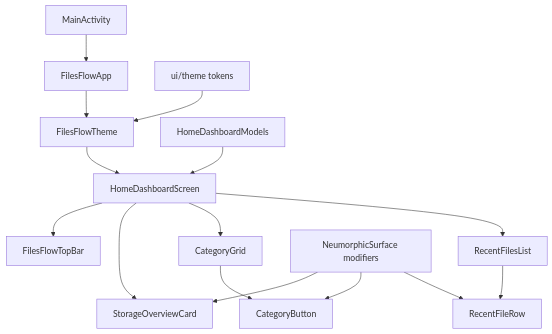
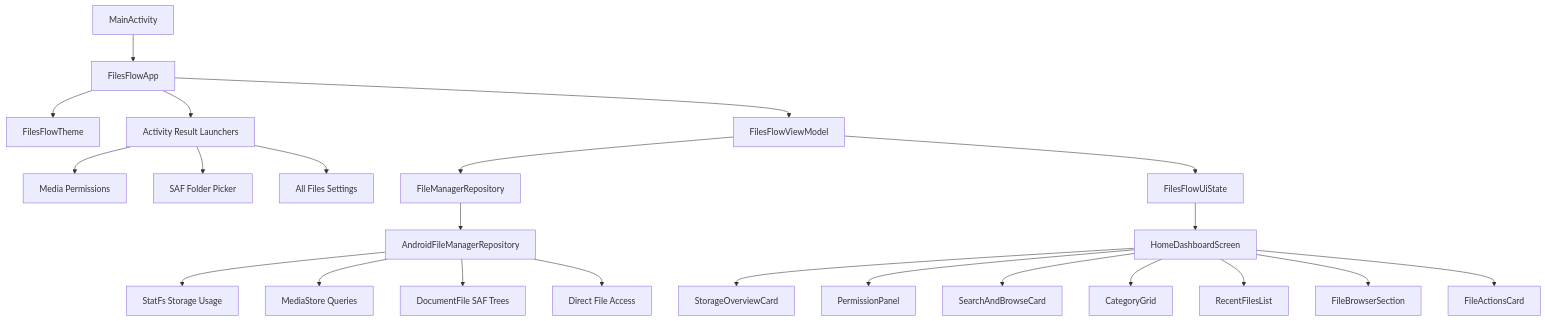
Before and after one commit to benclawbot/filesflow: the diagram in README.md, drawn with Mermaid. The commit also changed other lines of this file and 24 other files, not shown here.

Commit message:
feat: add real FilesFlow file manager flows

````diff
--- a/README.md
+++ b/README.md
@@ -23,17 +23,25 @@
 ```mermaid
 flowchart TD
     A["MainActivity"] --> B["FilesFlowApp"]
     B --> C["FilesFlowTheme"]
-    C --> D["HomeDashboardScreen"]
-    D --> E["FilesFlowTopBar"]
-    D --> F["StorageOverviewCard"]
-    D --> G["CategoryGrid"]
-    G --> H["CategoryButton"]
-    D --> I["RecentFilesList"]
-    I --> J["RecentFileRow"]
-    K["HomeDashboardModels"] --> D
-    L["ui/theme tokens"] --> C
-    M["NeumorphicSurface modifiers"] --> F
-    M --> H
-    M --> J
+    B --> D["Activity Result Launchers"]
+    D --> E["Media Permissions"]
+    D --> F["SAF Folder Picker"]
+    D --> G["All Files Settings"]
+    B --> H["FilesFlowViewModel"]
+    H --> I["FileManagerRepository"]
+    I --> J["AndroidFileManagerRepository"]
+    J --> K["StatFs Storage Usage"]
+    J --> L["MediaStore Queries"]
+    J --> M["DocumentFile SAF Trees"]
+    J --> N["Direct File Access"]
+    H --> O["FilesFlowUiState"]
+    O --> P["HomeDashboardScreen"]
+    P --> Q["StorageOverviewCard"]
+    P --> R["PermissionPanel"]
+    P --> S["SearchAndBrowseCard"]
+    P --> T["CategoryGrid"]
+    P --> U["RecentFilesList"]
+    P --> V["FileBrowserSection"]
+    P --> W["FileActionsCard"]
 ```
````
